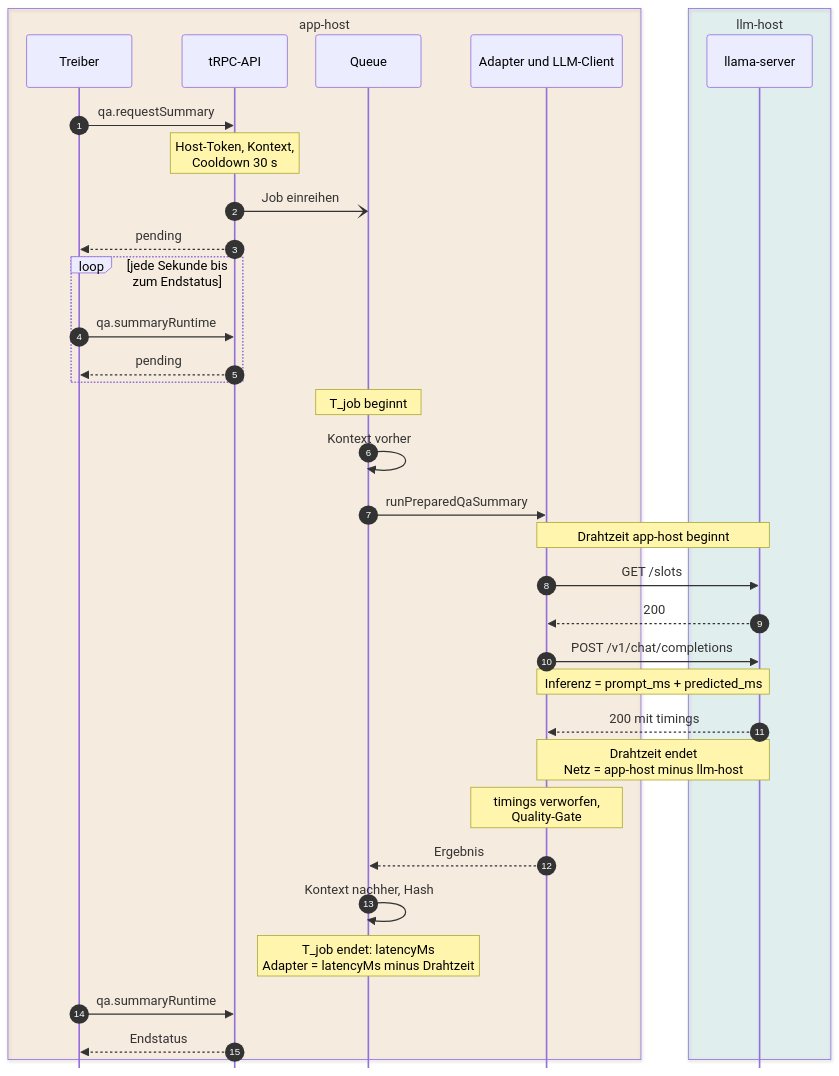
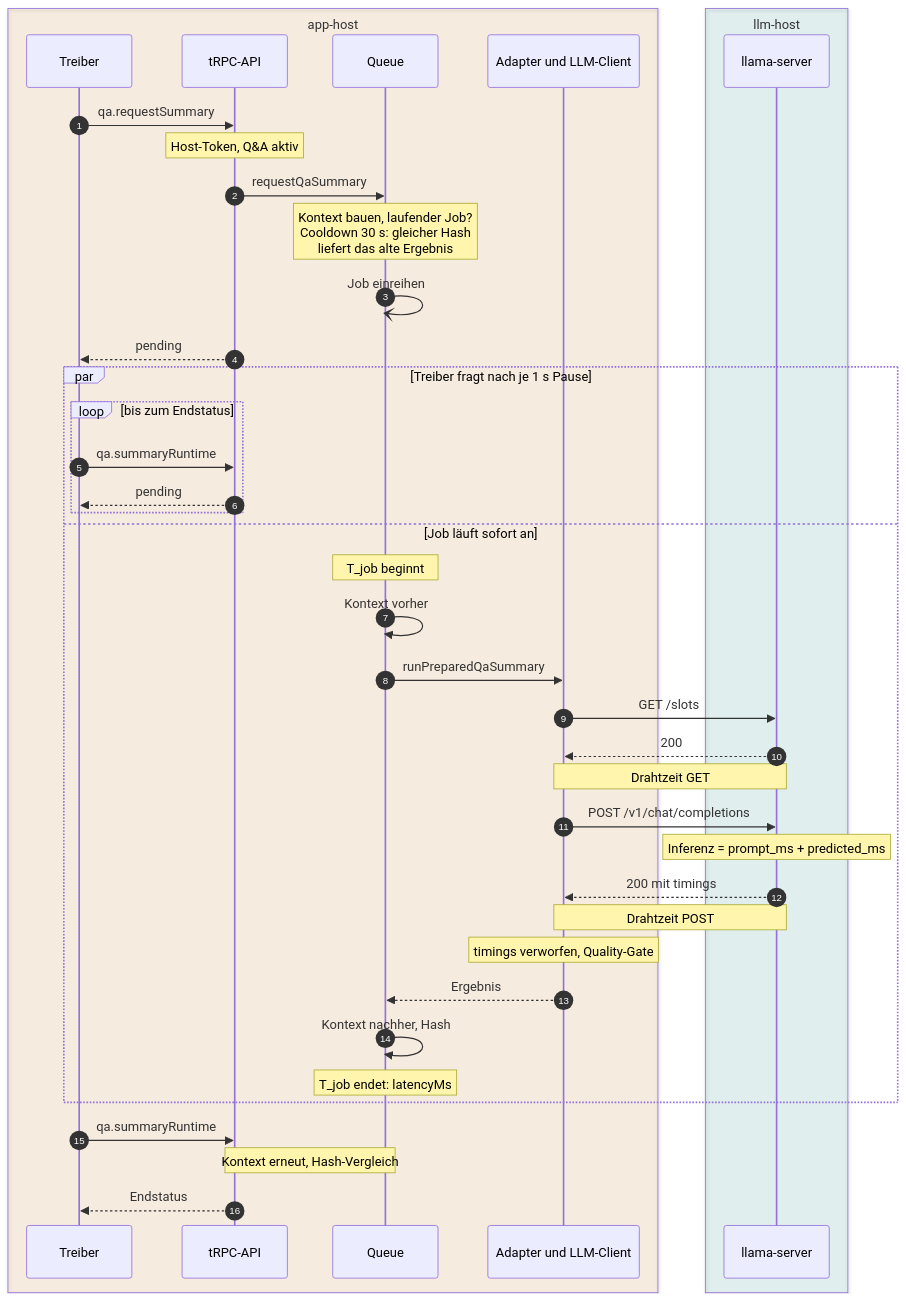
Before and after one commit to NiklasSkulll/arsnova.eu: the diagram in docs/referat-thema-1/diagrams/1b-auftrag-sequenz.mmd, drawn with Mermaid. The commit also changed 6 other files, not shown here.

Commit message:
docs(referat): correct the 1B job sequence and time split after review

```diff
--- a/docs/referat-thema-1/diagrams/1b-auftrag-sequenz.mmd
+++ b/docs/referat-thema-1/diagrams/1b-auftrag-sequenz.mmd
@@ -1,46 +1,51 @@
 ---
 config:
   sequence:
     actorMargin: 24
     boxMargin: 9
     noteMargin: 6
     messageMargin: 28
-    mirrorActors: false
     width: 130
 ---
 sequenceDiagram
   autonumber
   box rgba(217, 119, 6, 0.10) app-host
     participant T as Treiber
     participant A as tRPC-API
     participant Q as Queue
     participant AD as Adapter und LLM-Client
   end
   box rgba(13, 148, 136, 0.10) llm-host
     participant L as llama-server
   end
 
   T->>A: qa.requestSummary
-  Note over A: Host-Token, Kontext,<br/>Cooldown 30 s
-  A-)Q: Job einreihen
+  Note over A: Host-Token, Q&A aktiv
+  A->>Q: requestQaSummary
+  Note over Q: Kontext bauen, laufender Job?<br/>Cooldown 30 s: gleicher Hash<br/>liefert das alte Ergebnis
+  Q-)Q: Job einreihen
   A-->>T: pending
-  loop jede Sekunde bis zum Endstatus
-    T->>A: qa.summaryRuntime
-    A-->>T: pending
+  par Treiber fragt nach je 1 s Pause
+    loop bis zum Endstatus
+      T->>A: qa.summaryRuntime
+      A-->>T: pending
+    end
+  and Job läuft sofort an
+    Note over Q: T_job beginnt
+    Q->>Q: Kontext vorher
+    Q->>AD: runPreparedQaSummary
+    AD->>L: GET /slots
+    L-->>AD: 200
+    Note over AD,L: Drahtzeit GET
+    AD->>L: POST /v1/chat/completions
+    Note over L: Inferenz = prompt_ms + predicted_ms
+    L-->>AD: 200 mit timings
+    Note over AD,L: Drahtzeit POST
+    Note over AD: timings verworfen, Quality-Gate
+    AD-->>Q: Ergebnis
+    Q->>Q: Kontext nachher, Hash
+    Note over Q: T_job endet: latencyMs
   end
-  Note over Q: T_job beginnt
-  Q->>Q: Kontext vorher
-  Q->>AD: runPreparedQaSummary
-  Note over AD,L: Drahtzeit app-host beginnt
-  AD->>L: GET /slots
-  L-->>AD: 200
-  AD->>L: POST /v1/chat/completions
-  Note over AD,L: Inferenz = prompt_ms + predicted_ms
-  L-->>AD: 200 mit timings
-  Note over AD,L: Drahtzeit endet<br/>Netz = app-host minus llm-host
-  Note over AD: timings verworfen,<br/>Quality-Gate
-  AD-->>Q: Ergebnis
-  Q->>Q: Kontext nachher, Hash
-  Note over Q: T_job endet: latencyMs<br/>Adapter = latencyMs minus Drahtzeit
   T->>A: qa.summaryRuntime
+  Note over A,Q: Kontext erneut, Hash-Vergleich
   A-->>T: Endstatus
```
